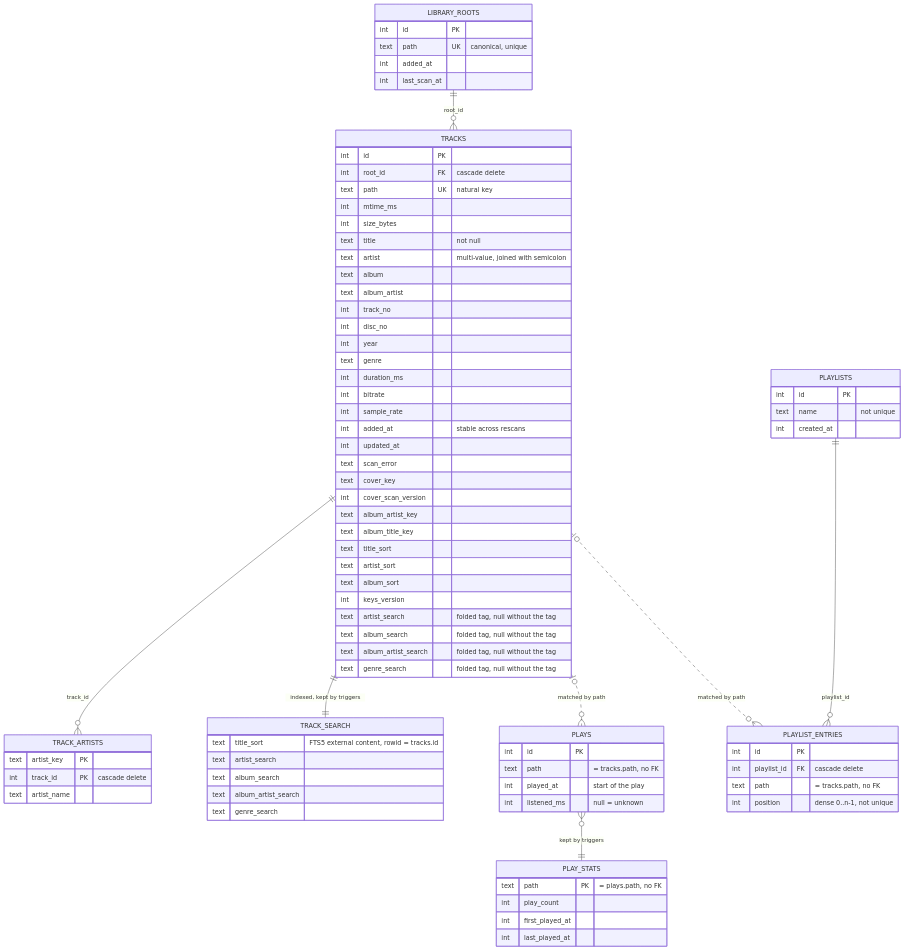
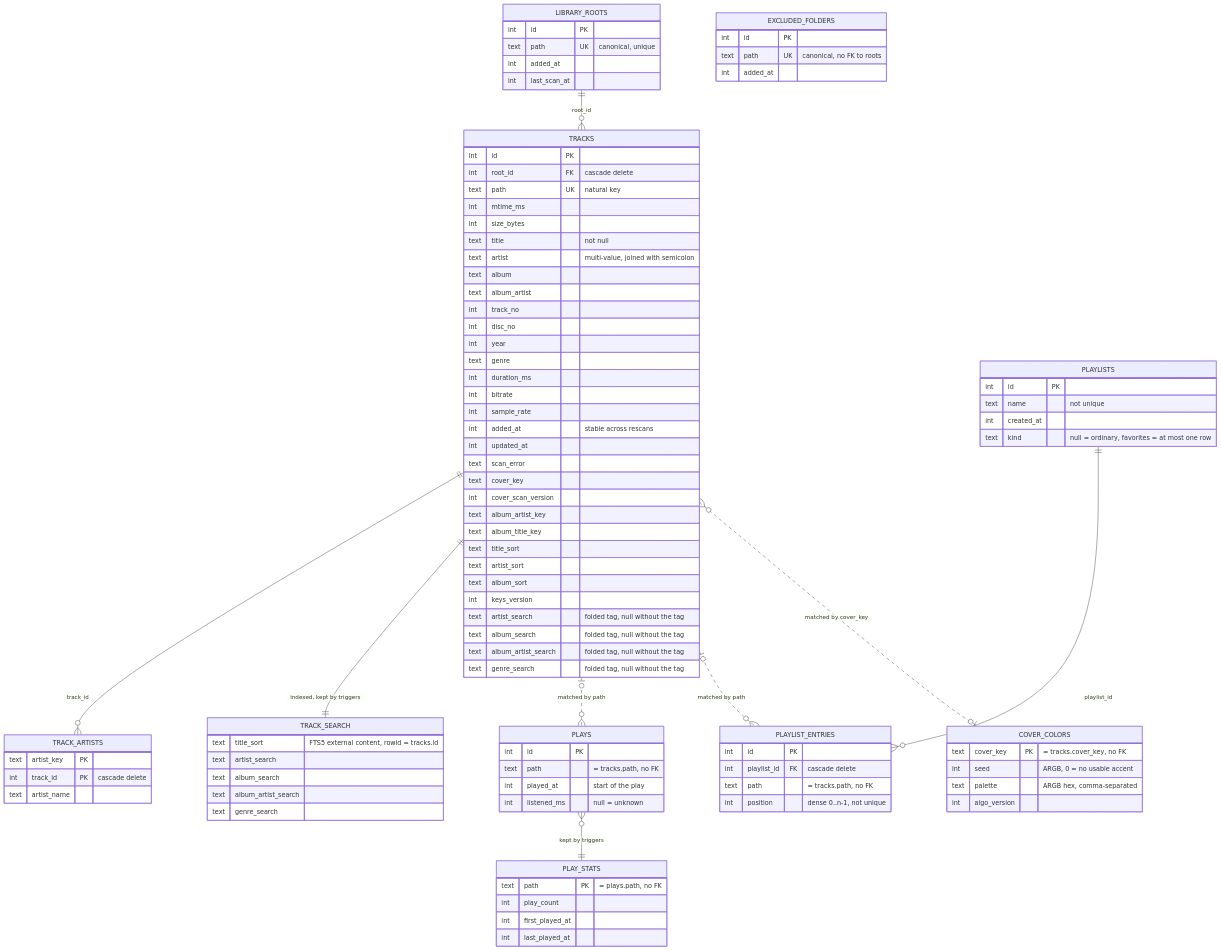
Before and after one commit to kanaru313/kanaru: the seventh of 8 diagrams in docs/system-architecture.md, drawn with Mermaid. The commit also changed other lines of this file and 17 other files, not shown here.

First line of the commit message:
feat(database): schema 6 with cover colors, excluded folders and playlist kinds

````diff
--- a/docs/system-architecture.md
+++ b/docs/system-architecture.md
@@ -347,12 +347,24 @@
         int id PK
         text name "not unique"
         int created_at
+        text kind "null = ordinary, favorites = at most one row"
     }
     PLAYLIST_ENTRIES {
         int id PK
         int playlist_id FK "cascade delete"
         text path "= tracks.path, no FK"
         int position "dense 0..n-1, not unique"
+    }
+    COVER_COLORS {
+        text cover_key PK "= tracks.cover_key, no FK"
+        int seed "ARGB, 0 = no usable accent"
+        text palette "ARGB hex, comma-separated"
+        int algo_version
+    }
+    EXCLUDED_FOLDERS {
+        int id PK
+        text path UK "canonical, no FK to roots"
+        int added_at
     }
     LIBRARY_ROOTS ||--o{ TRACKS : "root_id"
     TRACKS ||--o{ TRACK_ARTISTS : "track_id"
@@ -361,4 +373,5 @@
     PLAYS }o--|| PLAY_STATS : "kept by triggers"
     PLAYLISTS ||--o{ PLAYLIST_ENTRIES : "playlist_id"
     TRACKS |o..o{ PLAYLIST_ENTRIES : "matched by path"
+    TRACKS }o..o| COVER_COLORS : "matched by cover_key"
 ```
````
